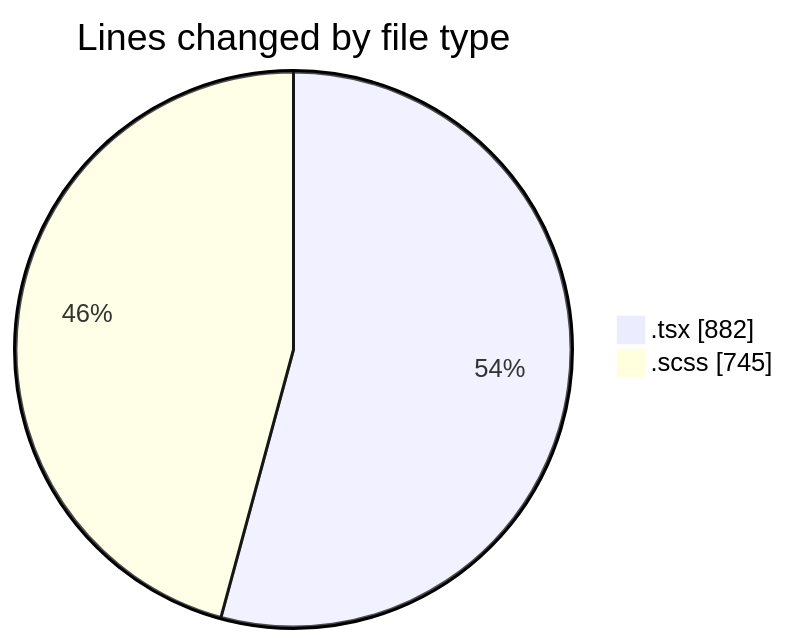
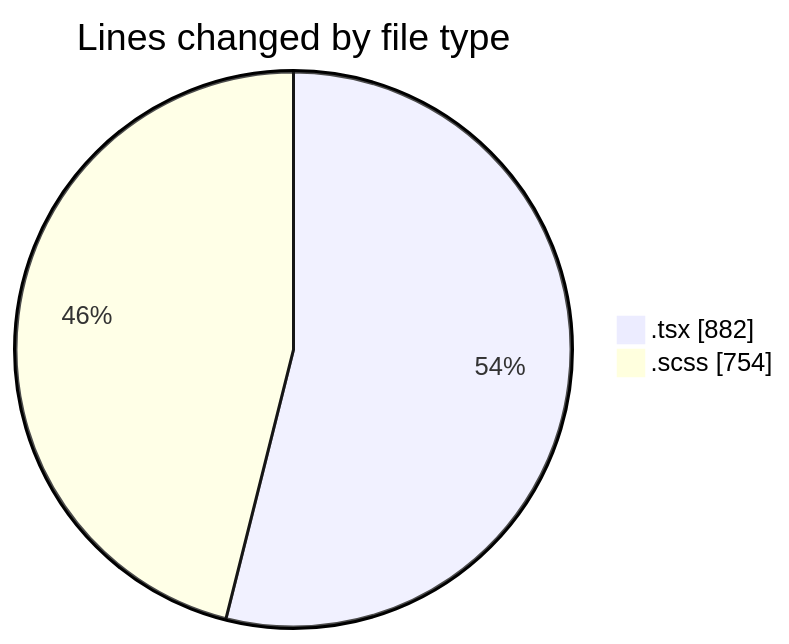
The first of 2 diagrams in 2025-10-06/cda/README.md (momahboobian/code-tracking), drawn with Mermaid before and after one commit. The commit also changed other lines of this file and 1 other file, not shown here.

````diff
--- a/2025-10-06/cda/README.md
+++ b/2025-10-06/cda/README.md
@@ -24,6 +24,6 @@
 ```mermaid
 pie showData
 title Lines changed by file type
 ".tsx" : 882
-".scss" : 745
+".scss" : 754
 ```
````
